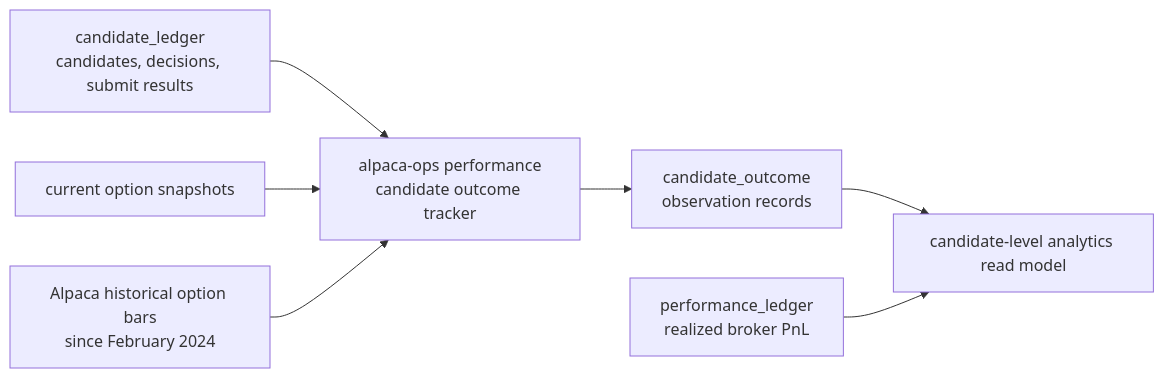
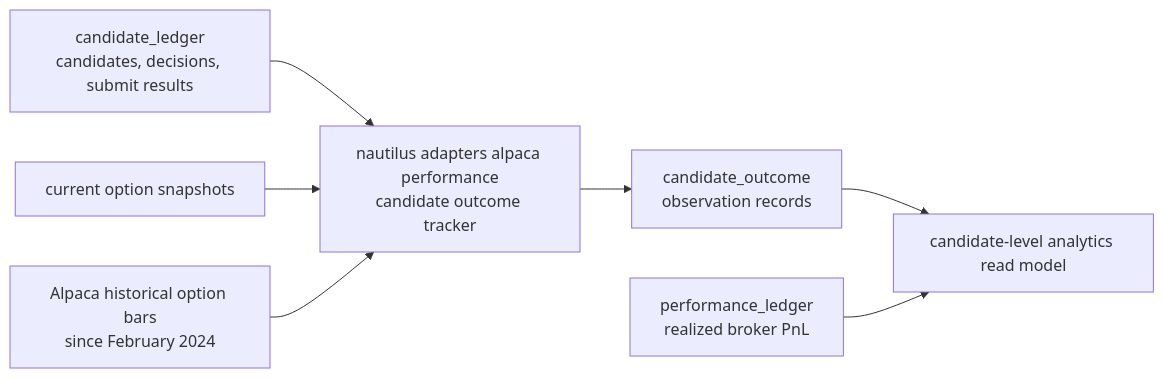
The diagram in docs/developer_guide/alpaca_candidate_outcome_analytics.md (afrojuju1/nautilus_trader), drawn with Mermaid before and after one commit. The commit also changed other lines of this file and 39 other files, not shown here.

Commit message:
Move Alpaca operator commands into Nautilus CLI

````diff
--- a/docs/developer_guide/alpaca_candidate_outcome_analytics.md
+++ b/docs/developer_guide/alpaca_candidate_outcome_analytics.md
@@ -16,17 +16,17 @@
 ```mermaid
 flowchart LR
     CandidateLedger["candidate_ledger<br/>candidates, decisions, submit results"]
     Snapshots["current option snapshots"]
     HistoricalBars["Alpaca historical option bars<br/>since February 2024"]
-    OutcomeTracker["alpaca-ops performance<br/>candidate outcome tracker"]
+    OutcomeTracker["nautilus adapters alpaca performance<br/>candidate outcome tracker"]
     CandidateOutcome["candidate_outcome<br/>observation records"]
     Analytics["candidate-level analytics read model"]
     PerformanceLedger["performance_ledger<br/>realized broker PnL"]
 
     CandidateLedger --> OutcomeTracker
     Snapshots --> OutcomeTracker
     HistoricalBars --> OutcomeTracker
     OutcomeTracker --> CandidateOutcome
     CandidateOutcome --> Analytics
     PerformanceLedger --> Analytics
 ```
````
